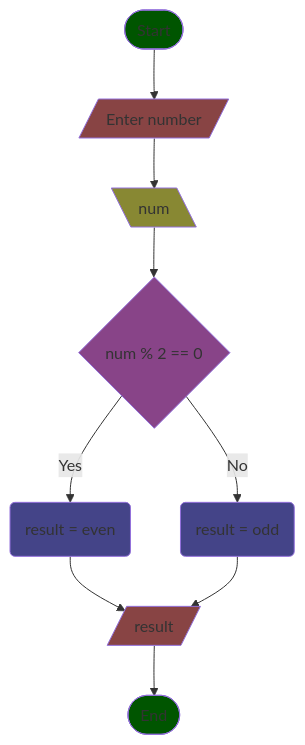
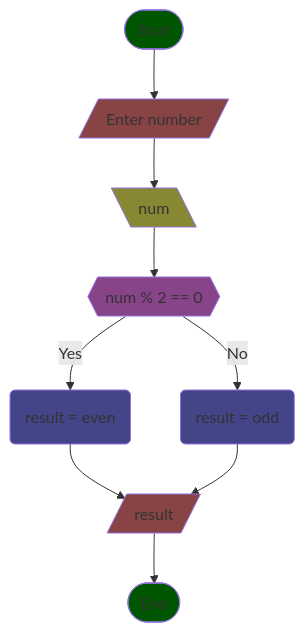
Before and after one commit to gilecheverria/Flowcharts: the diagram in even_odd_number.md, drawn with Mermaid.

Commit message:
Change diamond shape

````diff
--- a/even_odd_number.md
+++ b/even_odd_number.md
@@ -4,17 +4,17 @@
 ```mermaid
 flowchart TD
     A([Start]):::round --> B[/Enter number/]:::output
     B --> C[\num\]:::input
-    C --> D{num % 2 == 0}:::decision
+    C --> D{{num % 2 == 0}}:::decision
     D --> |Yes| E(result = even):::action
     D --> |No| F(result = odd):::action
     E --> G[/result/]:::output
     F --> G
     G --> H([End]):::round
 
     classDef round fill:#050
     classDef input fill:#883
     classDef output fill:#844
     classDef action fill:#448
     classDef decision  fill:#848
 ```
````
